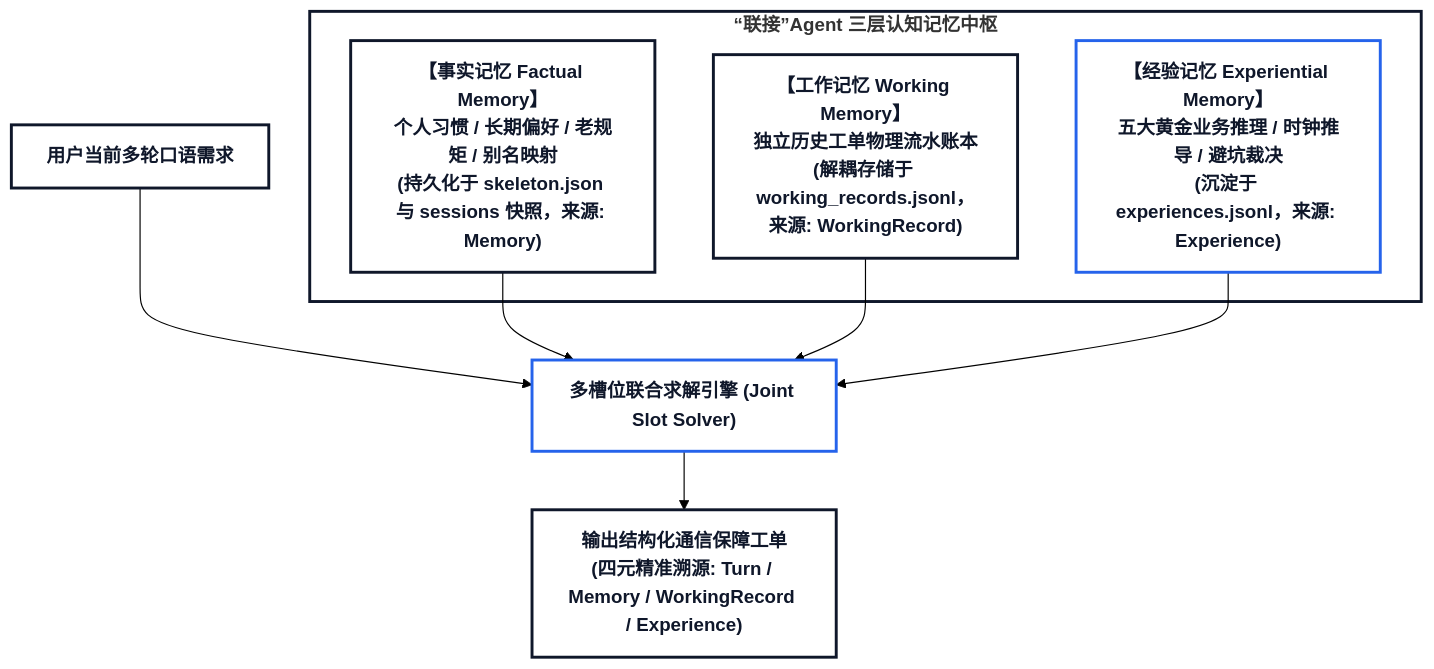
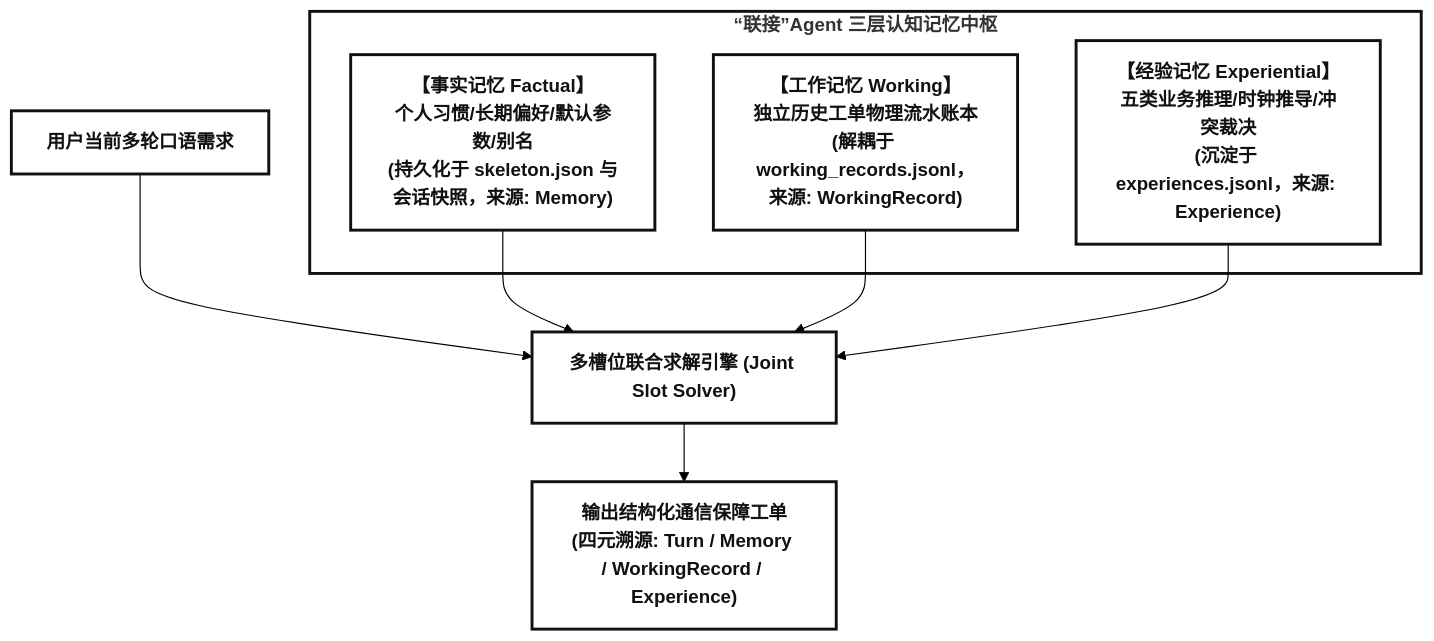
Before and after one commit to wangbanjin1/cross_data_gen: the first of 4 diagrams in docs/specs/cognitive_memory_dev_spec.md, drawn with Mermaid (forest theme). The commit also changed other lines of this file and 17 other files, not shown here.

Commit message:
refactor(docs): restore native Antigravity Mermaid rendering, remove self-generated diagrams, and standardize rigorous technical terminology

````diff
--- a/docs/specs/cognitive_memory_dev_spec.md
+++ b/docs/specs/cognitive_memory_dev_spec.md
@@ -46,21 +45,20 @@
 ```mermaid
 graph TD
-    classDef default fill:#FFFFFF,stroke:#0F172A,stroke-width:2.5px,color:#0F172A,font-weight:bold;
-    classDef highlight fill:#FFFFFF,stroke:#2563EB,stroke-width:2.5px,color:#0F172A,font-weight:bold;
+    classDef default fill:#FFFFFF,stroke:#111111,stroke-width:2.5px,color:#111111,font-weight:bold;
 
     subgraph MemoryBrain ["<b>“联接”Agent 三层认知记忆中枢</b>"]
-        FM["<b>【事实记忆 Factual Memory】<br/>个人习惯 / 长期偏好 / 老规矩 / 别名映射<br/>(持久化于 skeleton.json 与 sessions 快照，来源: Memory)</b>"]
-        WM["<b>【工作记忆 Working Memory】<br/>独立历史工单物理流水账本<br/>(解耦存储于 working_records.jsonl，来源: WorkingRecord)</b>"]
-        EM["<b>【经验记忆 Experiential Memory】<br/>五大黄金业务推理 / 时钟推导 / 避坑裁决<br/>(沉淀于 experiences.jsonl，来源: Experience)</b>"]:::highlight
+        FM["<b>【事实记忆 Factual】</b><br/>个人习惯/长期偏好/默认参数/别名<br/>(持久化于 skeleton.json 与会话快照，来源: Memory)"]
+        WM["<b>【工作记忆 Working】</b><br/>独立历史工单物理流水账本<br/>(解耦于 working_records.jsonl，来源: WorkingRecord)"]
+        EM["<b>【经验记忆 Experiential】</b><br/>五类业务推理/时钟推导/冲突裁决<br/>(沉淀于 experiences.jsonl，来源: Experience)"]
     end
 
-    UserPrompt["<b>用户当前多轮口语需求</b>"] --> Solver["<b>多槽位联合求解引擎 (Joint Slot Solver)</b>"]:::highlight
+    UserPrompt["<b>用户当前多轮口语需求</b>"] --> Solver["<b>多槽位联合求解引擎 (Joint Slot Solver)</b>"]
     
     FM --> Solver
     WM --> Solver
     EM --> Solver
     
-    Solver --> Output["<b>输出结构化通信保障工单<br/>(四元精准溯源: Turn / Memory / WorkingRecord / Experience)</b>"]
+    Solver --> Output["<b>输出结构化通信保障工单</b><br/>(四元溯源: Turn / Memory / WorkingRecord / Experience)"]
 
-    style MemoryBrain fill:#FFFFFF,stroke:#0F172A,stroke-width:2.5px;
+    style MemoryBrain fill:#FFFFFF,stroke:#111111,stroke-width:2.5px;
 ```
````
